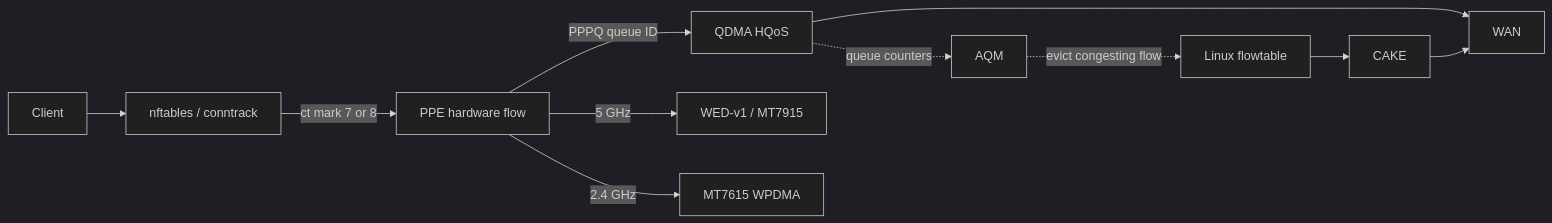
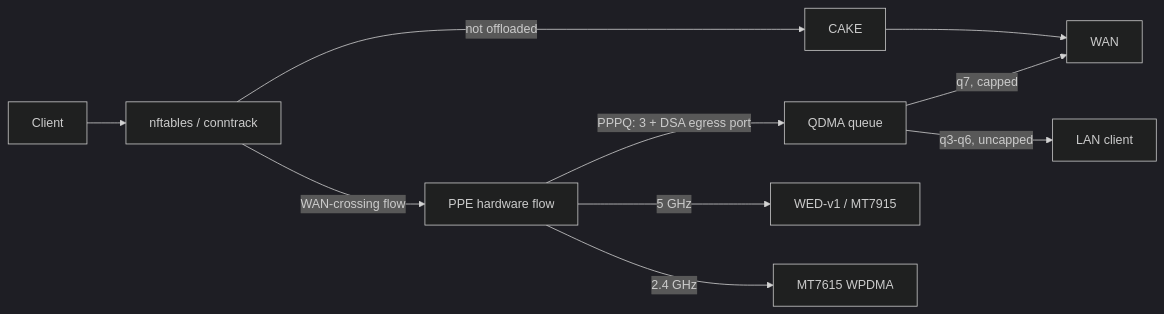
One commit to pattyboi/openwrt changed the diagram in docs/README.md. Above: the diagram before and after it, drawn with Mermaid (dark theme). The commit also changed other lines of this file and 30 other files, not shown here.

````diff
--- a/docs/README.md
+++ b/docs/README.md
@@ -219,13 +267,12 @@
 ```mermaid
 flowchart LR
     Client --> FW["nftables / conntrack"]
-    FW -->|"ct mark 7 or 8"| PPE["PPE hardware flow"]
-    PPE -->|"PPPQ queue ID"| HQ["QDMA HQoS"]
-    HQ --> WAN
-    HQ -. "queue counters" .-> AQM
-    AQM -. "evict congesting flow" .-> FLOW["Linux flowtable"]
-    FLOW --> CAKE
+    FW -->|"WAN-crossing flow"| PPE["PPE hardware flow"]
+    PPE -->|"PPPQ: 3 + DSA egress port"| HQ["QDMA queue"]
+    HQ -->|"q7, capped"| WAN
+    HQ -->|"q3-q6, uncapped"| LAN["LAN client"]
+    FW -->|"not offloaded"| CAKE
     CAKE --> WAN
     PPE -->|"5 GHz"| WED["WED-v1 / MT7915"]
     PPE -->|"2.4 GHz"| WMAC["MT7615 WPDMA"]
 ```
````
